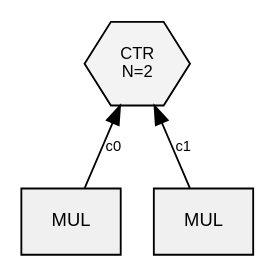
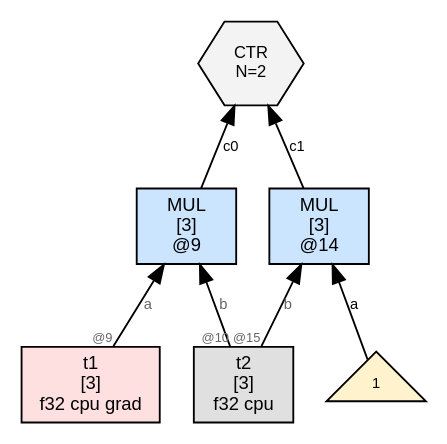
The diagram in wl/examples/thvm_graphs/grad_rules/mul/step_003_state_final.dot (sw1sh/TinyHVM), drawn with Graphviz before and after one commit. The commit also changed 309 other files, not shown here.

First line of the commit message:
grad: CTR at step 0; no external DUP; Leibniz visible in step 1

```diff
--- a/wl/examples/thvm_graphs/grad_rules/mul/step_003_state_final.dot
+++ b/wl/examples/thvm_graphs/grad_rules/mul/step_003_state_final.dot
@@ -1,12 +1,19 @@
 digraph G {
-  // PREV_INTERACTION: GRAD_h14_TEN_h14
+  // PREV_INTERACTION: SWEEP_ERA_h17_TEN_h16
   rankdir=BT;
   node [fontname="Helvetica", fontsize=10, style=filled, shape=box, margin="0.1,0.05"];
   edge [fontsize=8, fontname="Helvetica"];
 
-  ctr16 [label="CTR\nN=2", shape=hexagon, fillcolor="#f3f3f3", fontsize=9];
-  n7 [label="MUL", shape=box, fillcolor="#f0f0f0"];
-  n7 -> ctr16 [label="c0"];
-  n10 [label="MUL", shape=box, fillcolor="#f0f0f0"];
-  n10 -> ctr16 [label="c1"];
+  n9 [label="MUL\n[3]\n@9", shape=box, fillcolor="#cce5ff"];
+  t1 [label="t1\n[3]\nf32 cpu grad",shape=box,fillcolor="#ffe0e0"];
+  t1 -> n9 [label="a",taillabel="@9",labelfontsize=7,fontcolor="#666666"];
+  t2 [label="t2\n[3]\nf32 cpu",shape=box,fillcolor="#e0e0e0"];
+  t2 -> n9 [label="b",taillabel="@10",labelfontsize=7,fontcolor="#666666"];
+  n14 [label="MUL\n[3]\n@14", shape=box, fillcolor="#cce5ff"];
+  num14_0 [label="1",shape=triangle,fillcolor="#fff2cc",fontsize=8];
+  num14_0 -> n14 [label="a"];
+  t2 -> n14 [label="b",taillabel="@15",labelfontsize=7,fontcolor="#666666"];
+  ctr7 [label="CTR\nN=2", shape=hexagon, fillcolor="#f3f3f3", fontsize=9];
+  n9 -> ctr7 [label="c0"];
+  n14 -> ctr7 [label="c1"];
 }
```
